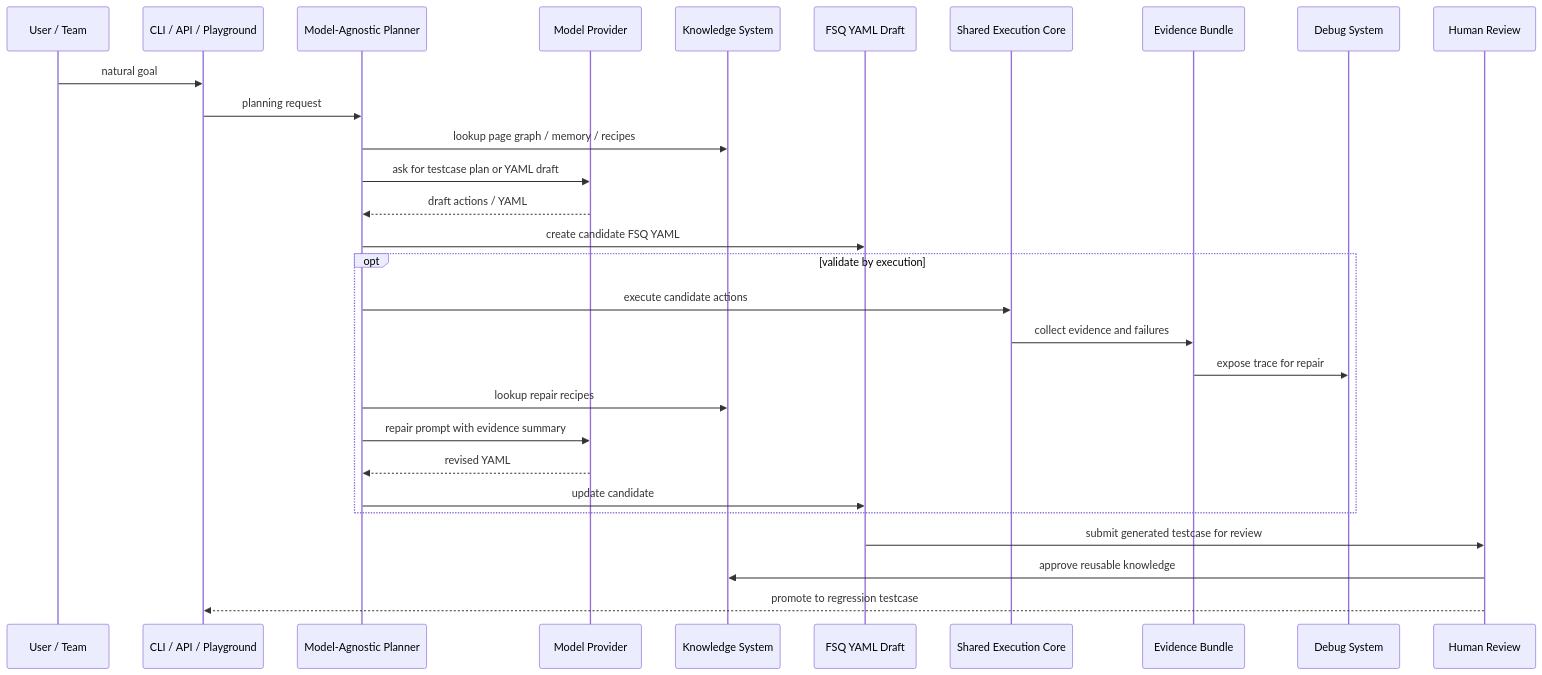
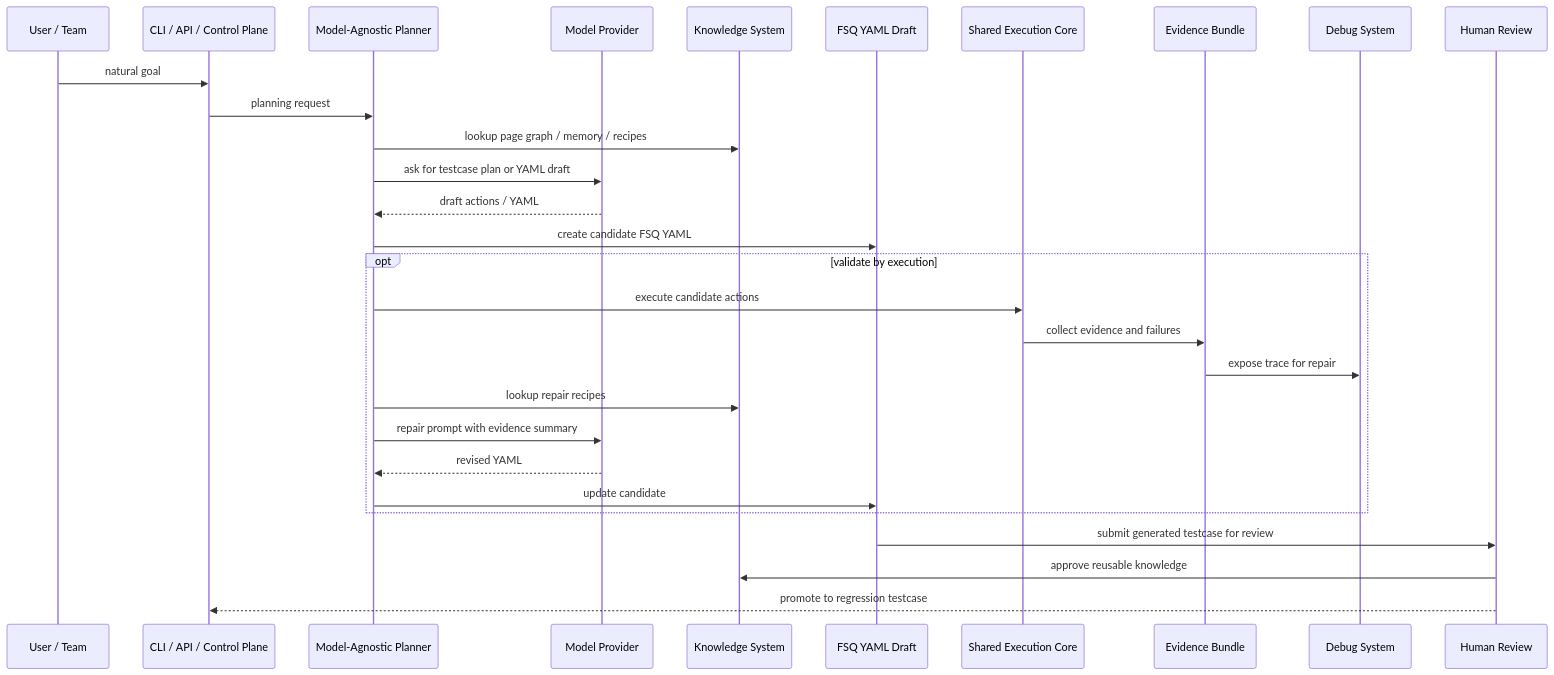
Before and after one commit to houlianpi/FSQ: the fourth of 5 diagrams in docs/fsq-agent-architecture-deep-dive.md, drawn with Mermaid. The commit also changed other lines of this file and 39 other files, not shown here.

````diff
--- a/docs/fsq-agent-architecture-deep-dive.md
+++ b/docs/fsq-agent-architecture-deep-dive.md
@@ -188,32 +188,32 @@
 ```mermaid
 sequenceDiagram
     participant User as User / Team
-    participant Entry as CLI / API / Playground
+    participant Entry as CLI / API / Control Plane
     participant Planner as Model-Agnostic Planner
     participant Model as Model Provider
     participant K as Knowledge System
     participant YAML as FSQ YAML Draft
     participant EXEC as Shared Execution Core
     participant EV as Evidence Bundle
     participant DBG as Debug System
     participant Review as Human Review
 
     User->>Entry: natural goal
     Entry->>Planner: planning request
     Planner->>K: lookup page graph / memory / recipes
     Planner->>Model: ask for testcase plan or YAML draft
     Model-->>Planner: draft actions / YAML
     Planner->>YAML: create candidate FSQ YAML
     opt validate by execution
         Planner->>EXEC: execute candidate actions
         EXEC->>EV: collect evidence and failures
         EV->>DBG: expose trace for repair
         Planner->>K: lookup repair recipes
         Planner->>Model: repair prompt with evidence summary
         Model-->>Planner: revised YAML
         Planner->>YAML: update candidate
     end
     YAML->>Review: submit generated testcase for review
     Review->>K: approve reusable knowledge
     Review-->>Entry: promote to regression testcase
 ```
````
